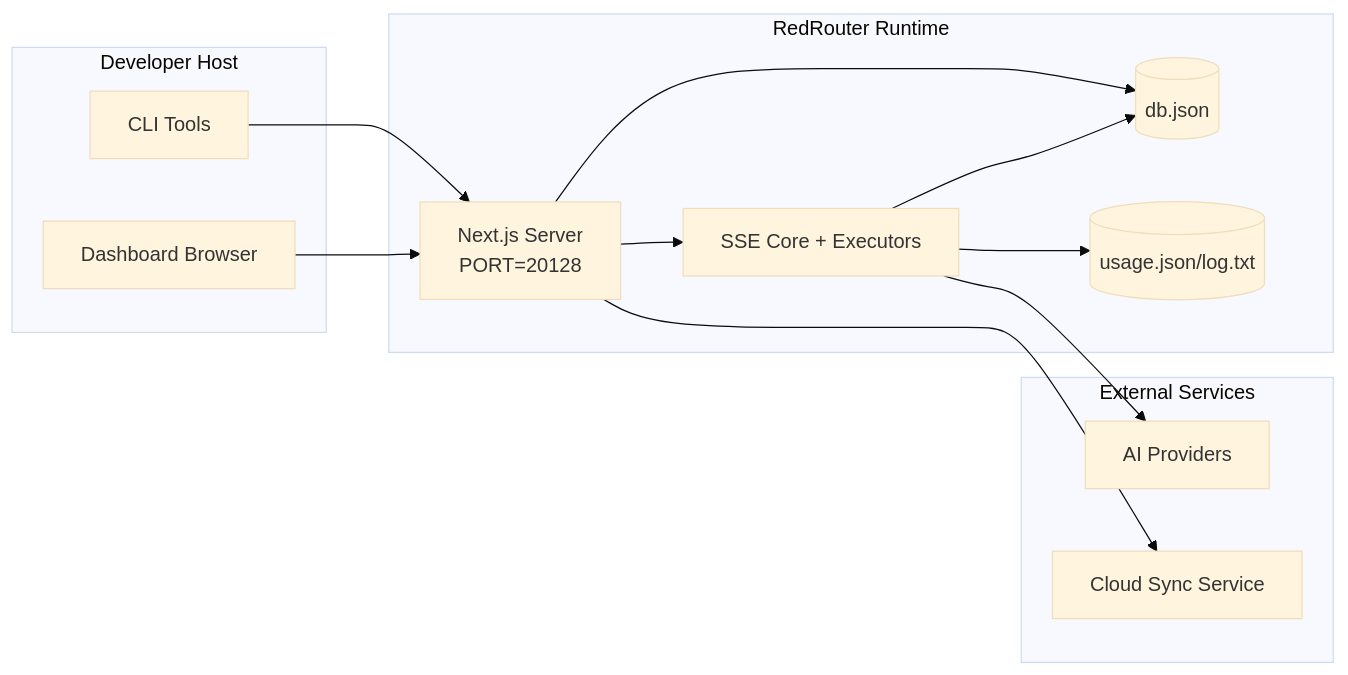
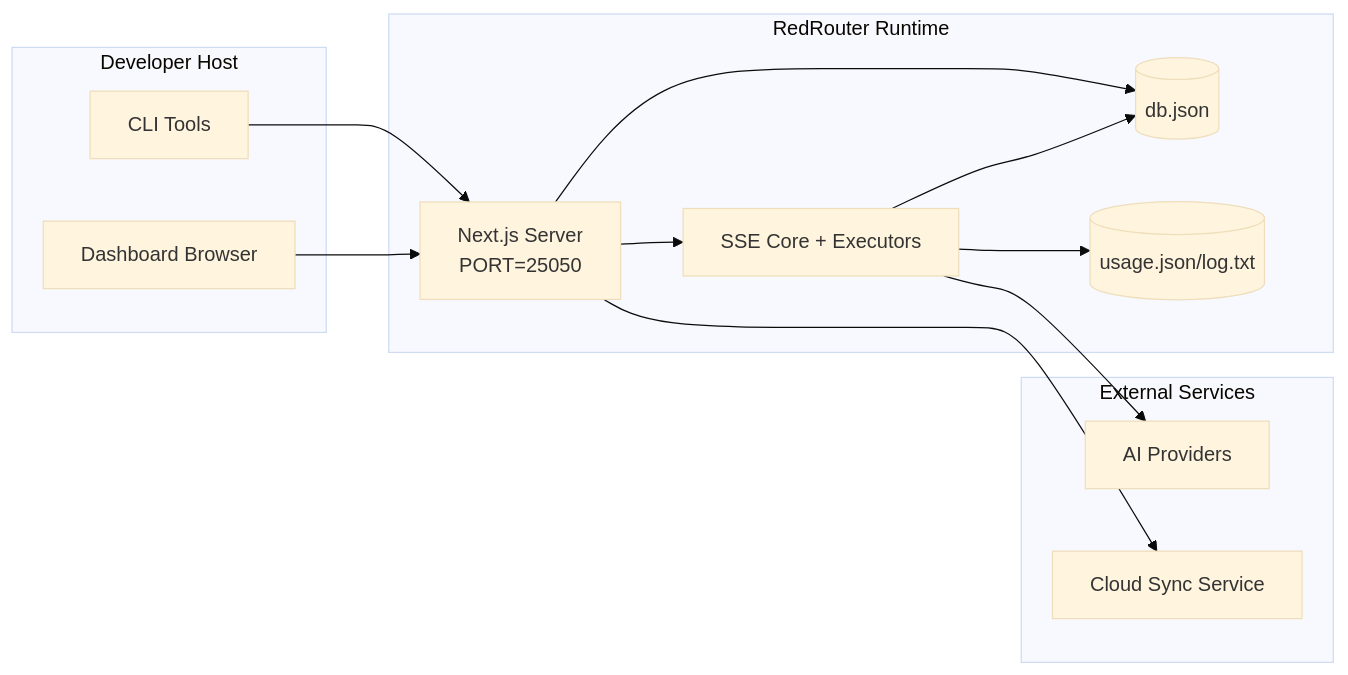
One commit to reddb-io/red-router changed the seventh of 7 diagrams in docs/ARCHITECTURE.md. Above: the diagram before and after it, drawn with Mermaid (base theme). The commit also changed other lines of this file and 144 other files, not shown here.

````diff
--- a/docs/ARCHITECTURE.md
+++ b/docs/ARCHITECTURE.md
@@ -387,28 +387,28 @@
 ```mermaid
 flowchart LR
     subgraph LocalHost[Developer Host]
         CLI[CLI Tools]
         Browser[Dashboard Browser]
     end
 
     subgraph ContainerOrProcess[RedRouter Runtime]
-        Next[Next.js Server\nPORT=20128]
+        Next[Next.js Server\nPORT=25050]
         Core[SSE Core + Executors]
         MainDB[(db.json)]
         UsageDB[(usage.json/log.txt)]
     end
 
     subgraph External[External Services]
         Providers[AI Providers]
         SyncCloud[Cloud Sync Service]
     end
 
     CLI --> Next
     Browser --> Next
     Next --> Core
     Next --> MainDB
     Core --> MainDB
     Core --> UsageDB
     Core --> Providers
     Next --> SyncCloud
 ```
````
